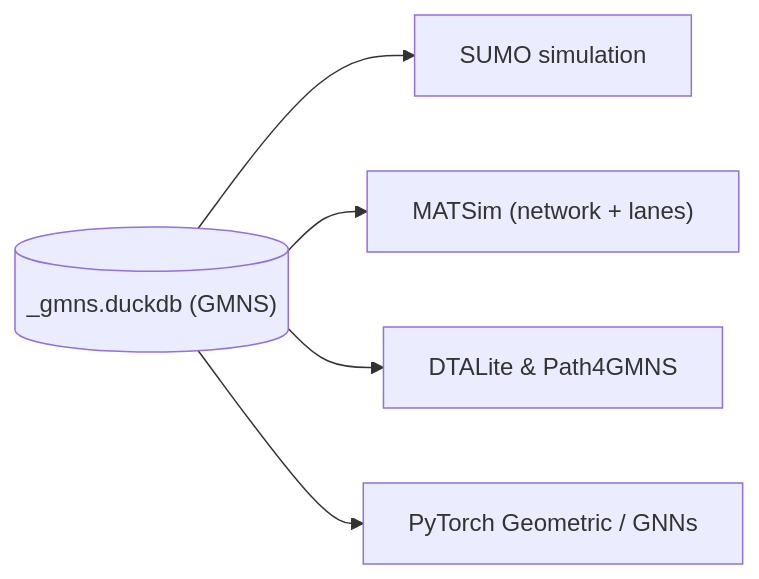
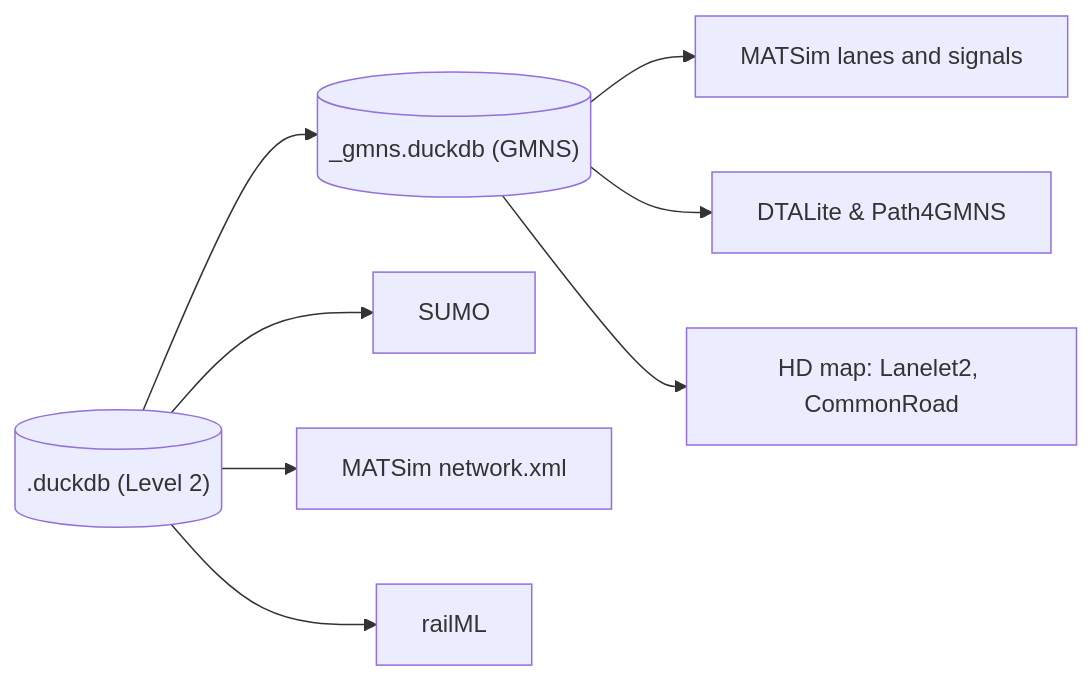
One commit to Khoshkhah/duckOSM changed the diagram in docs/exports/gmns-network/index.md. Above: the diagram before and after it, drawn with Mermaid. The commit also changed other lines of this file and 9 other files, not shown here.

````diff
--- a/docs/exports/gmns-network/index.md
+++ b/docs/exports/gmns-network/index.md
@@ -5,7 +5,10 @@
 ```mermaid
 flowchart LR
-  gmns[("<area>_gmns.duckdb (GMNS)")] --> sumo["SUMO simulation"]
-  gmns --> matsim["MATSim (network + lanes)"]
+  l2[("<area>.duckdb (Level 2)")] --> gmns[("<area>_gmns.duckdb (GMNS)")]
+  l2 --> sumo["SUMO"]
+  l2 --> matsim["MATSim network.xml"]
+  l2 --> railml["railML"]
+  gmns --> lanes["MATSim lanes and signals"]
   gmns --> dta["DTALite & Path4GMNS"]
-  gmns --> pyg["PyTorch Geometric / GNNs"]
+  gmns --> hd["HD map: Lanelet2, CommonRoad"]
 ```
````
